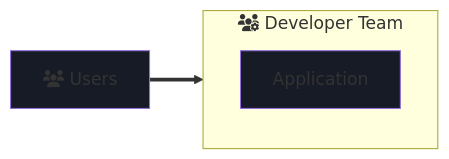
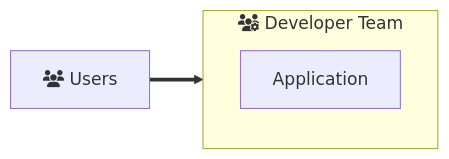
One commit to AbstractSDK/abstract changed the first of 4 diagrams in framework/docs/src/2_introduction/1_design_space.md. Above: the diagram before and after it, drawn with Mermaid. The commit also changed other lines of this file and 5 other files, not shown here.

````diff
--- a/framework/docs/src/2_introduction/1_design_space.md
+++ b/framework/docs/src/2_introduction/1_design_space.md
@@ -24,14 +24,11 @@
 ```mermaid
 flowchart LR
     subgraph Developer Team [fas:fa-users-cog Developer Team]
     %% subgraph Application
         direction BT
         A[Application]
     %% end
     end
 
     User[fa:fa-users Users] ==> A
-
-    style User fill: #161b25
-    style A fill: #161b25
 ```
````
